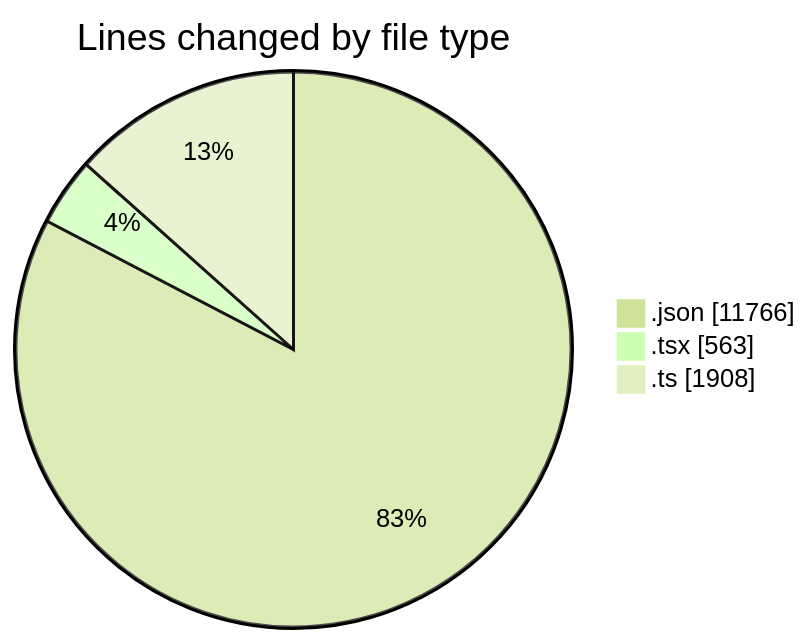
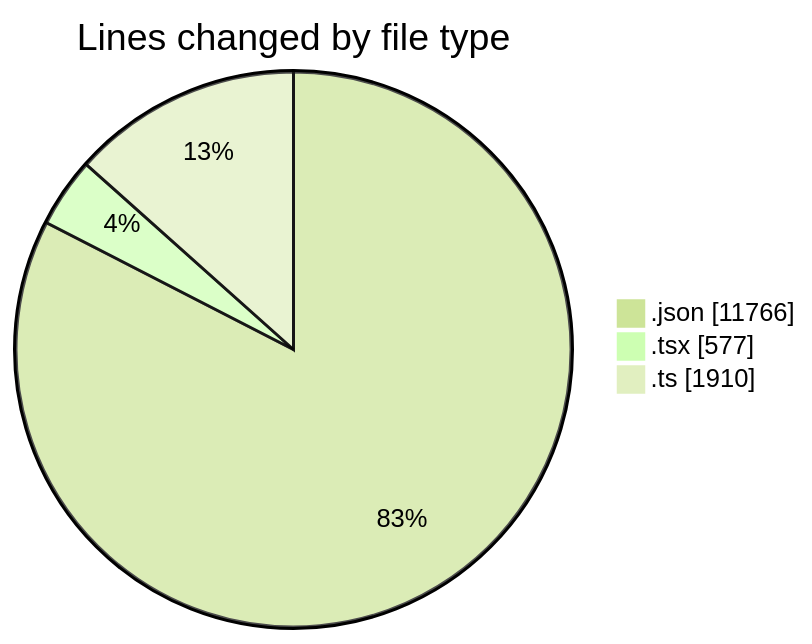
Before and after one commit to nxtqubesakshisongat/code-tracking: the first of 2 diagrams in 2026-04-16/airfeed-analytics-dashboard/README.md, drawn with Mermaid (forest theme). The commit also changed other lines of this file and 1 other file, not shown here.

````diff
--- a/2026-04-16/airfeed-analytics-dashboard/README.md
+++ b/2026-04-16/airfeed-analytics-dashboard/README.md
@@ -30,7 +30,7 @@
 ```mermaid
 pie showData
 title Lines changed by file type
 ".json" : 11766
-".tsx" : 563
-".ts" : 1908
+".tsx" : 577
+".ts" : 1910
 ```
````
